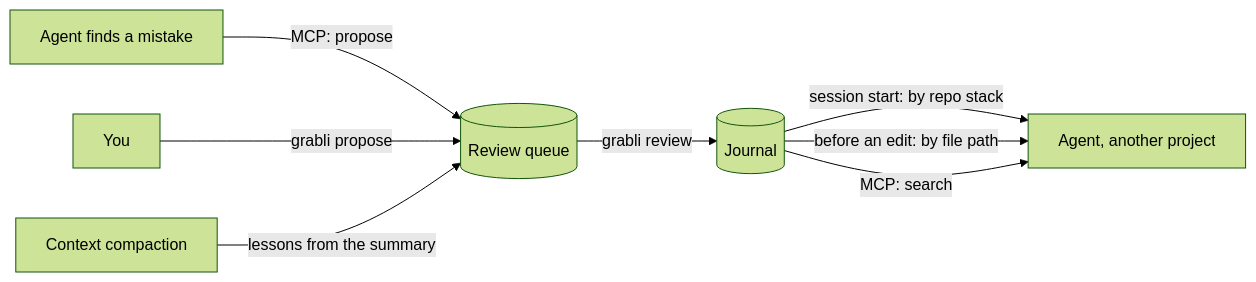
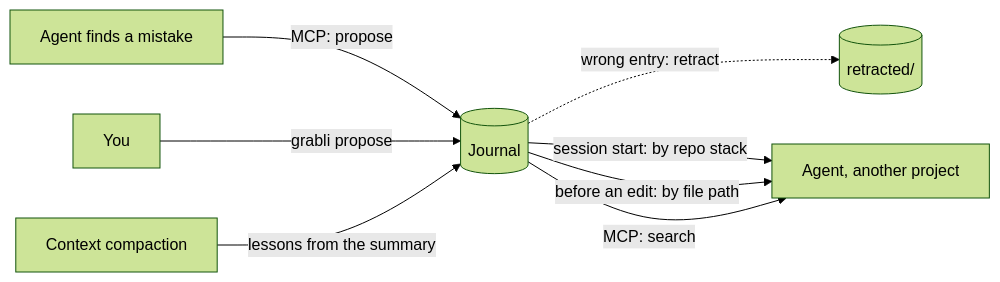
Before and after one commit to Baurzhanovvv/grabli: the diagram in README.md, drawn with Mermaid (forest theme). The commit also changed other lines of this file and 12 other files, not shown here.

First line of the commit message:
feat: autonomous memory, entries are written without a review queue

````diff
--- a/README.md
+++ b/README.md
@@ -41,10 +41,10 @@
 ```mermaid
 flowchart LR
-    A[Agent finds a mistake] -->|MCP: propose| Q[(Review queue)]
-    H[You] -->|grabli propose| Q
-    C[Context compaction] -->|lessons from the summary| Q
-    Q -->|grabli review| J[(Journal)]
+    A[Agent finds a mistake] -->|MCP: propose| J[(Journal)]
+    H[You] -->|grabli propose| J
+    C[Context compaction] -->|lessons from the summary| J
+    J -.->|wrong entry: retract| R[(retracted/)]
     J -->|session start: by repo stack| S[Agent, another project]
     J -->|before an edit: by file path| S
     J -->|MCP: search| S
 ```
````
